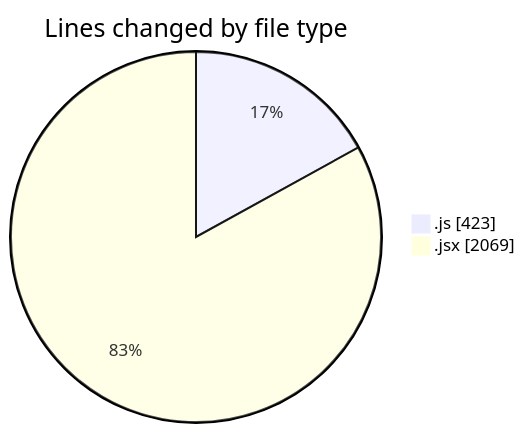
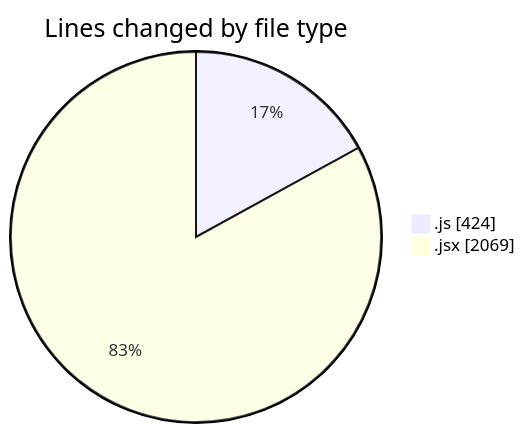
One commit to nxtqubesakshisongat/code-tracking changed the first of 2 diagrams in 2025-08-28/nxtqube_webapp/README.md. Above: the diagram before and after it, drawn with Mermaid. The commit also changed other lines of this file and 1 other file, not shown here.

````diff
--- a/2025-08-28/nxtqube_webapp/README.md
+++ b/2025-08-28/nxtqube_webapp/README.md
@@ -25,6 +25,6 @@
 ```mermaid
 pie showData
 title Lines changed by file type
-".js" : 423
+".js" : 424
 ".jsx" : 2069
 ```
````
